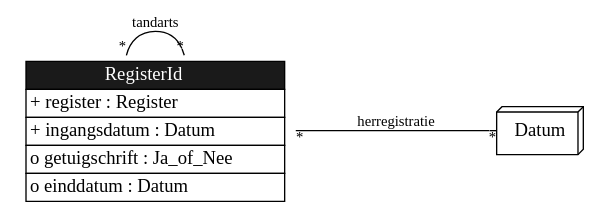
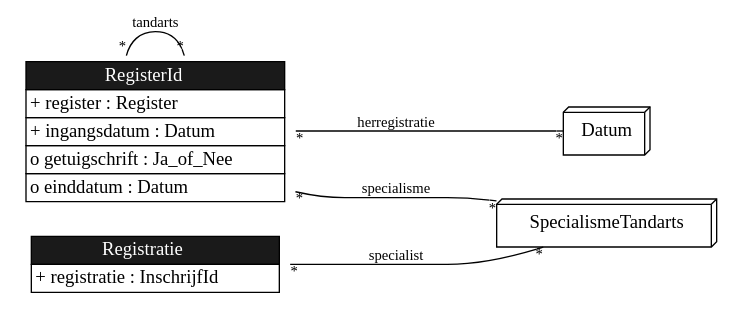
The diagram in docs/ConceptualAnalysis/images/CDPatternTandarts.gv (gedelaar/BIG), drawn with Graphviz before and after one commit. The commit also changed 51 other files, not shown here.

```diff
--- a/docs/ConceptualAnalysis/images/CDPatternTandarts.gv
+++ b/docs/ConceptualAnalysis/images/CDPatternTandarts.gv
@@ -1,24 +1,39 @@
 digraph {
 	graph [bgcolor=white,
 		rankdir=LR
 	];
 	node [label="\N"];
 	edge [fontsize=11,
 		minlen=4
 	];
 	RegisterId	[color=purple,
 		label=<<TABLE BGCOLOR="white" COLOR="black" BORDER="0" CELLBORDER="1" CELLSPACING="0"><TR><TD BGCOLOR="gray10" COLOR="black"><FONT COLOR="white">RegisterId</FONT></TD></TR><TR><TD ALIGN="LEFT" PORT="register">+ register : Register</TD></TR><TR><TD ALIGN="LEFT" PORT="ingangsdatum">+ ingangsdatum : Datum</TD></TR><TR><TD ALIGN="LEFT" PORT="getuigschrift">o getuigschrift : Ja_of_Nee</TD></TR><TR><TD ALIGN="LEFT" PORT="einddatum">o einddatum : Datum</TD></TR></TABLE>>,
 		shape=plaintext];
 	RegisterId:tandarts -> RegisterId	[arrowhead=onone,
 		headlabel="*",
 		label=tandarts,
 		labelfloat=true,
 		taillabel="*"];
 	Datum	[label=Datum,
 		shape=box3d];
 	RegisterId:herregistratie -> Datum	[arrowhead=onone,
 		headlabel="*",
 		label=herregistratie,
 		labelfloat=true,
 		taillabel="*"];
+	SpecialismeTandarts	[label=SpecialismeTandarts,
+		shape=box3d];
+	RegisterId:specialisme -> SpecialismeTandarts	[arrowhead=onone,
+		headlabel="*",
+		label=specialisme,
+		labelfloat=true,
+		taillabel="*"];
+	Registratie	[color=purple,
+		label=<<TABLE BGCOLOR="white" COLOR="black" BORDER="0" CELLBORDER="1" CELLSPACING="0"><TR><TD BGCOLOR="gray10" COLOR="black"><FONT COLOR="white">Registratie</FONT></TD></TR><TR><TD ALIGN="LEFT" PORT="registratie">+ registratie : InschrijfId</TD></TR></TABLE>>,
+		shape=plaintext];
+	Registratie:specialist -> SpecialismeTandarts	[arrowhead=onone,
+		headlabel="*",
+		label=specialist,
+		labelfloat=true,
+		taillabel="*"];
 }
```
